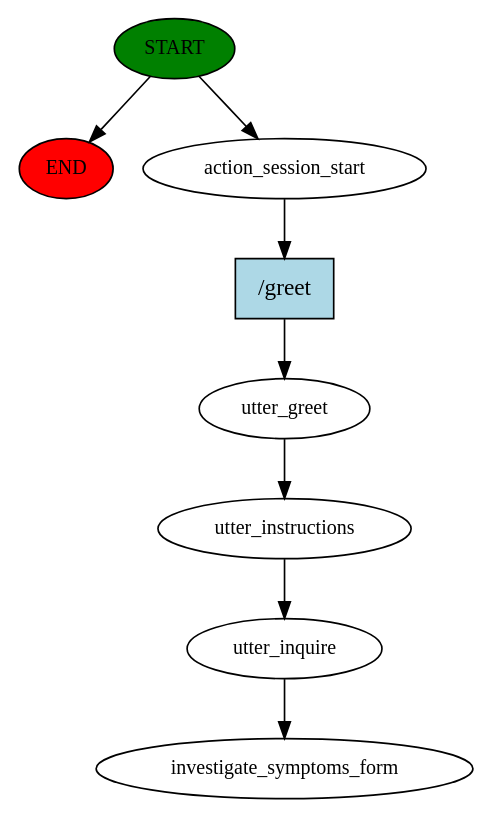
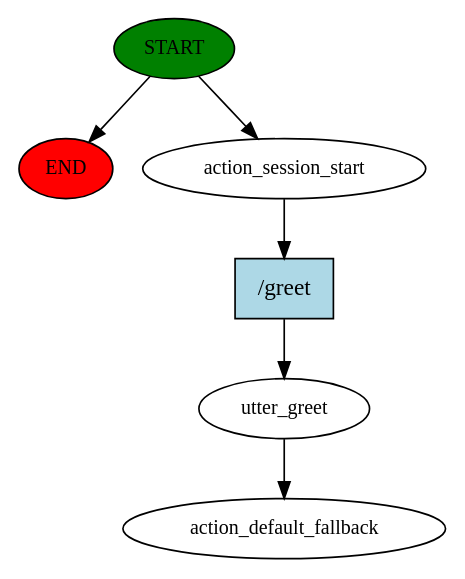
Before and after one commit to sislab-unitn/Let-s-Give-a-Voice-to-Conversational-Agents-in-VR: the diagram in rasa_bots/rasa_operation/story_graph.dot, drawn with Graphviz. The commit also changed 34 other files, not shown here.

```diff
--- a/rasa_bots/rasa_operation/story_graph.dot
+++ b/rasa_bots/rasa_operation/story_graph.dot
@@ -1,17 +1,13 @@
 digraph  {
 0 [class="start active", fillcolor=green, fontsize=12, label=START, style=filled];
 "-1" [class=end, fillcolor=red, fontsize=12, label=END, style=filled];
 1 [class=active, fontsize=12, label=action_session_start];
 2 [class=active, fontsize=12, label=utter_greet];
-3 [class=active, fontsize=12, label=utter_instructions];
-4 [class=active, fontsize=12, label=utter_inquire];
-5 [class="dashed active", fontsize=12, label=investigate_symptoms_form];
-6 [class="intent active", fillcolor=lightblue, label="/greet", shape=rect, style=filled];
+3 [class="dashed active", fontsize=12, label=action_default_fallback];
+4 [class="intent active", fillcolor=lightblue, label="/greet", shape=rect, style=filled];
 0 -> "-1"  [class="", key=NONE, label=""];
 0 -> 1  [class=active, key=NONE, label=""];
-1 -> 6  [class=active, key=0];
+1 -> 4  [class=active, key=0];
 2 -> 3  [class=active, key=NONE, label=""];
-3 -> 4  [class=active, key=NONE, label=""];
-4 -> 5  [class=active, key=NONE, label=""];
-6 -> 2  [class=active, key=0];
+4 -> 2  [class=active, key=0];
 }
```
